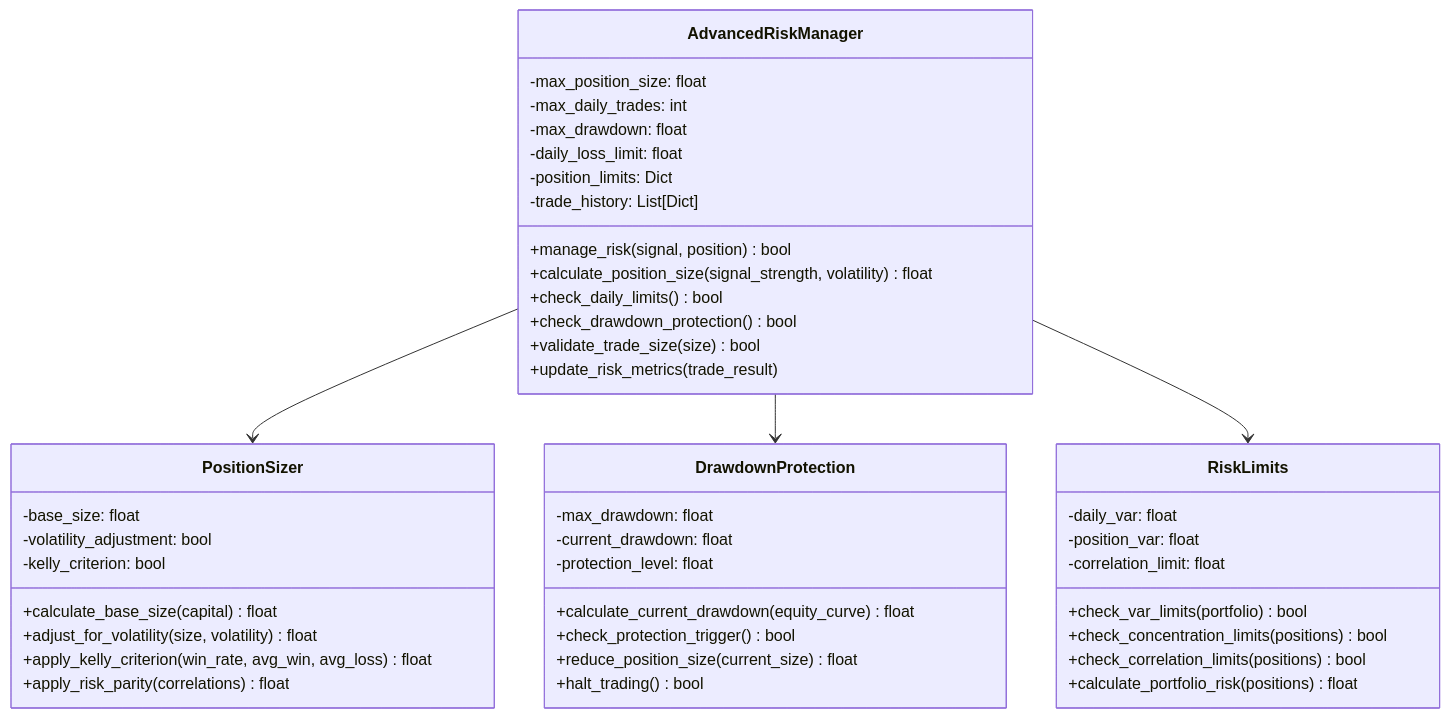
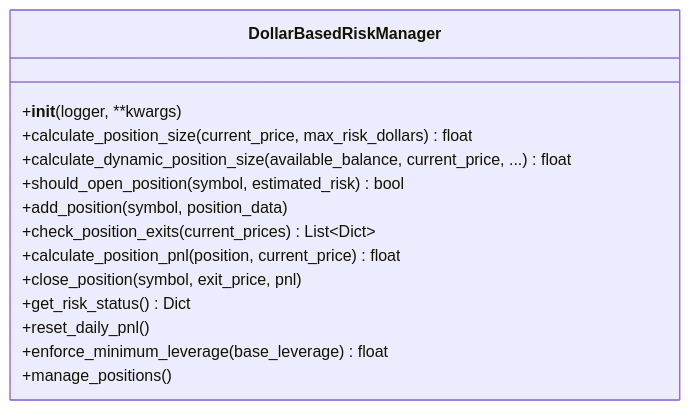
Before and after one commit to cluster2600/ELVIS: the sixth of 9 diagrams in docs/trading_system.md, drawn with Mermaid. The commit also changed other lines of this file and 60 other files, not shown here.

````diff
--- a/docs/trading_system.md
+++ b/docs/trading_system.md
@@ -221,51 +249,17 @@
 ```mermaid
 classDiagram
-    class AdvancedRiskManager {
-        -max_position_size: float
-        -max_daily_trades: int
-        -max_drawdown: float
-        -daily_loss_limit: float
-        -position_limits: Dict
-        -trade_history: List[Dict]
-        +manage_risk(signal, position) bool
-        +calculate_position_size(signal_strength, volatility) float
-        +check_daily_limits() bool
-        +check_drawdown_protection() bool
-        +validate_trade_size(size) bool
-        +update_risk_metrics(trade_result)
+    class DollarBasedRiskManager {
+        +__init__(logger, **kwargs)
+        +calculate_position_size(current_price, max_risk_dollars) float
+        +calculate_dynamic_position_size(available_balance, current_price, ...) float
+        +should_open_position(symbol, estimated_risk) bool
+        +add_position(symbol, position_data)
+        +check_position_exits(current_prices) List~Dict~
+        +calculate_position_pnl(position, current_price) float
+        +close_position(symbol, exit_price, pnl)
+        +get_risk_status() Dict
+        +reset_daily_pnl()
+        +enforce_minimum_leverage(base_leverage) float
+        +manage_positions()
     }
-    
-    class PositionSizer {
-        -base_size: float
-        -volatility_adjustment: bool
-        -kelly_criterion: bool
-        +calculate_base_size(capital) float
-        +adjust_for_volatility(size, volatility) float
-        +apply_kelly_criterion(win_rate, avg_win, avg_loss) float
-        +apply_risk_parity(correlations) float
-    }
-    
-    class DrawdownProtection {
-        -max_drawdown: float
-        -current_drawdown: float
-        -protection_level: float
-        +calculate_current_drawdown(equity_curve) float
-        +check_protection_trigger() bool
-        +reduce_position_size(current_size) float
-        +halt_trading() bool
-    }
-    
-    class RiskLimits {
-        -daily_var: float
-        -position_var: float
-        -correlation_limit: float
-        +check_var_limits(portfolio) bool
-        +check_concentration_limits(positions) bool
-        +check_correlation_limits(positions) bool
-        +calculate_portfolio_risk(positions) float
-    }
-    
-    AdvancedRiskManager --> PositionSizer
-    AdvancedRiskManager --> DrawdownProtection
-    AdvancedRiskManager --> RiskLimits
 ```
````
